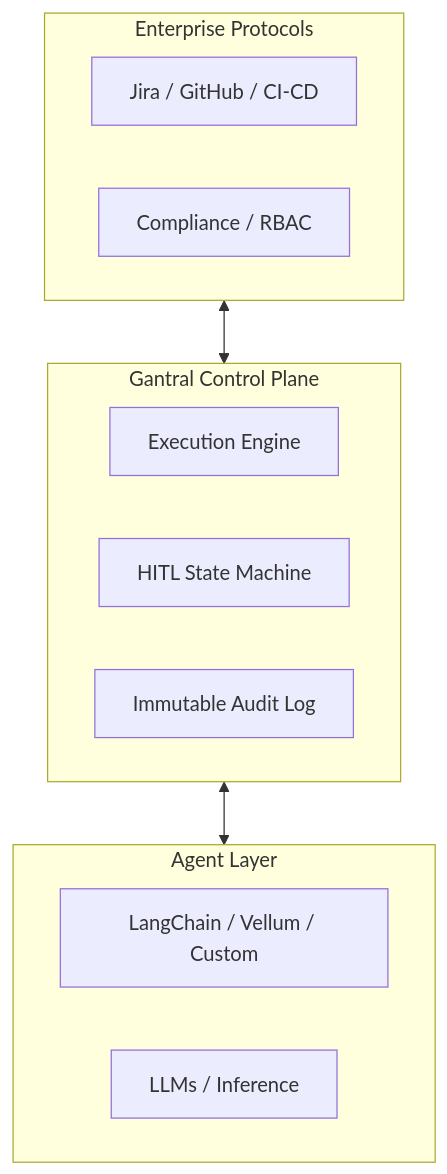
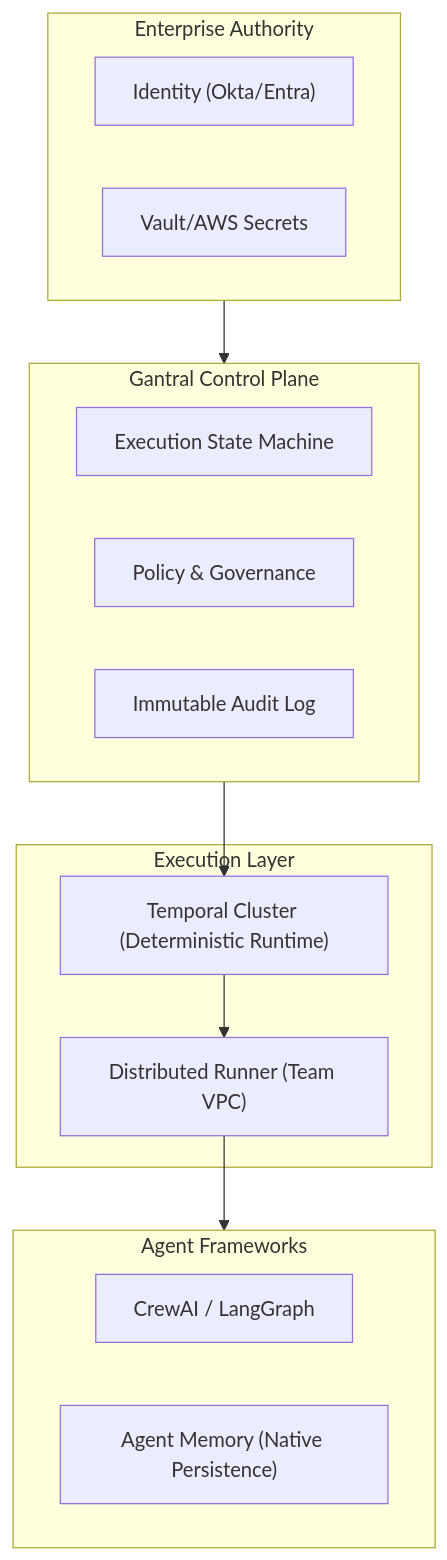
Before and after one commit to Rainminds/gantral: the diagram in README.md, drawn with Mermaid. The commit also changed other lines of this file and 69 other files, not shown here.

````diff
--- a/README.md
+++ b/README.md
@@ -19,21 +21,28 @@
 ```mermaid
 graph TD
-  subgraph Enterprise["Enterprise Protocols"]
-    Systems[Jira / GitHub / CI-CD]
-    Policies[Compliance / RBAC]
+  subgraph Enterprise["Enterprise Authority"]
+    IdP["Identity (Okta/Entra)"]
+    Secrets["Vault/AWS Secrets"]
   end
 
   subgraph Gantral["Gantral Control Plane"]
-    Engine[Execution Engine]
-    HITL[HITL State Machine]
-    Audit[Immutable Audit Log]
+    State["Execution State Machine"]
+    Policy["Policy & Governance"]
+    Audit["Immutable Audit Log"]
   end
 
-  subgraph Agents["Agent Layer"]
-    Frameworks[LangChain / Vellum / Custom]
-    Models[LLMs / Inference]
+  subgraph Runtime["Execution Layer"]
+    Temporal["Temporal Cluster (Deterministic Runtime)"]
+    Runner["Distributed Runner (Team VPC)"]
   end
 
-  Enterprise <--> Gantral
-  Gantral <--> Agents
+  subgraph Agents["Agent Frameworks"]
+    CrewAI["CrewAI / LangGraph"]
+    Memory["Agent Memory (Native Persistence)"]
+  end
+
+  Enterprise --> Gantral
+  Gantral --> Temporal
+  Temporal --> Runner
+  Runner --> Agents
 ```
````
